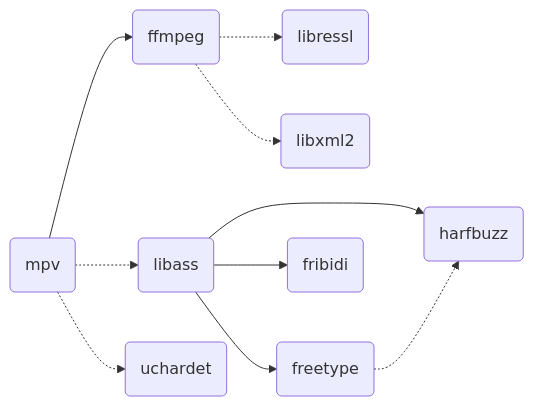
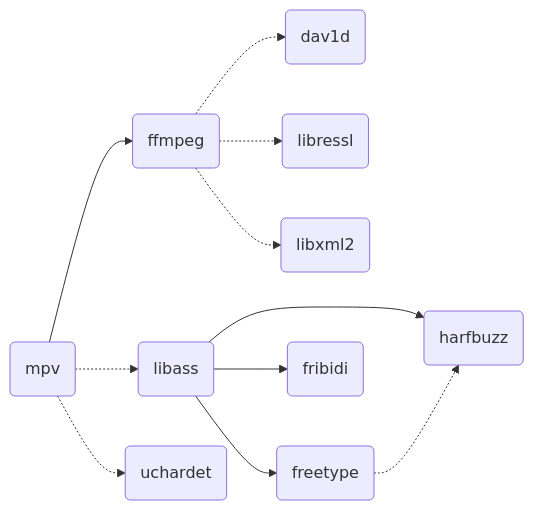
The diagram in README.md (media-kit/libmpv-darwin-build), drawn with Mermaid before and after one commit. The commit also changed other lines of this file and 4 other files, not shown here.

````diff
--- a/README.md
+++ b/README.md
@@ -96,16 +96,17 @@
 ```mermaid
 flowchart LR
 
 A(mpv) --> B(ffmpeg)
 A(mpv) -.-> C(libass)
 A(mpv) -.-> D(uchardet)
 
-B -.-> H(libressl)
-B -.-> I(libxml2)
+B -.-> H(dav1d)
+B -.-> I(libressl)
+B -.-> J(libxml2)
 
 C --> E(freetype)
 C --> F(harfbuzz)
 C --> G(fribidi)
 
 E -.-> F
 ```
````
